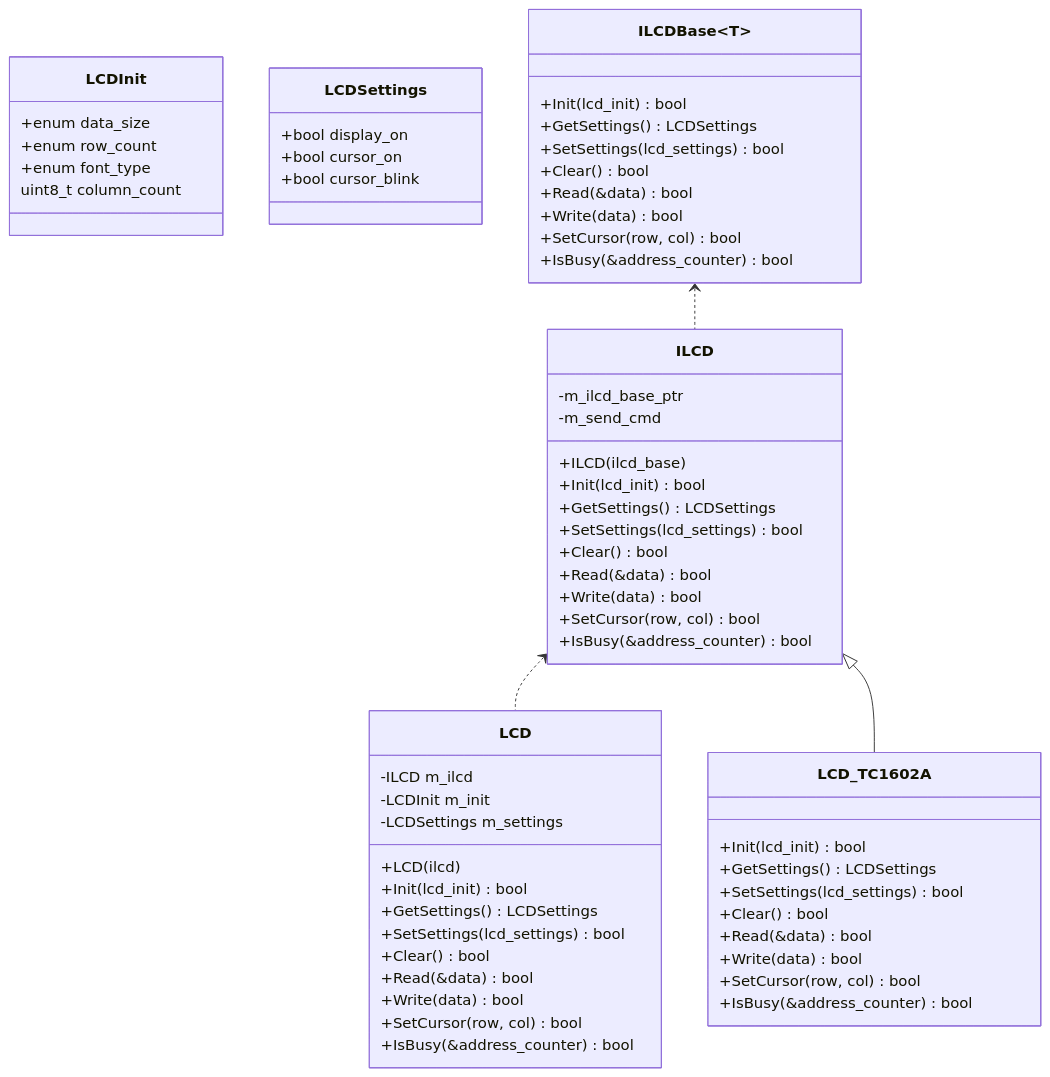
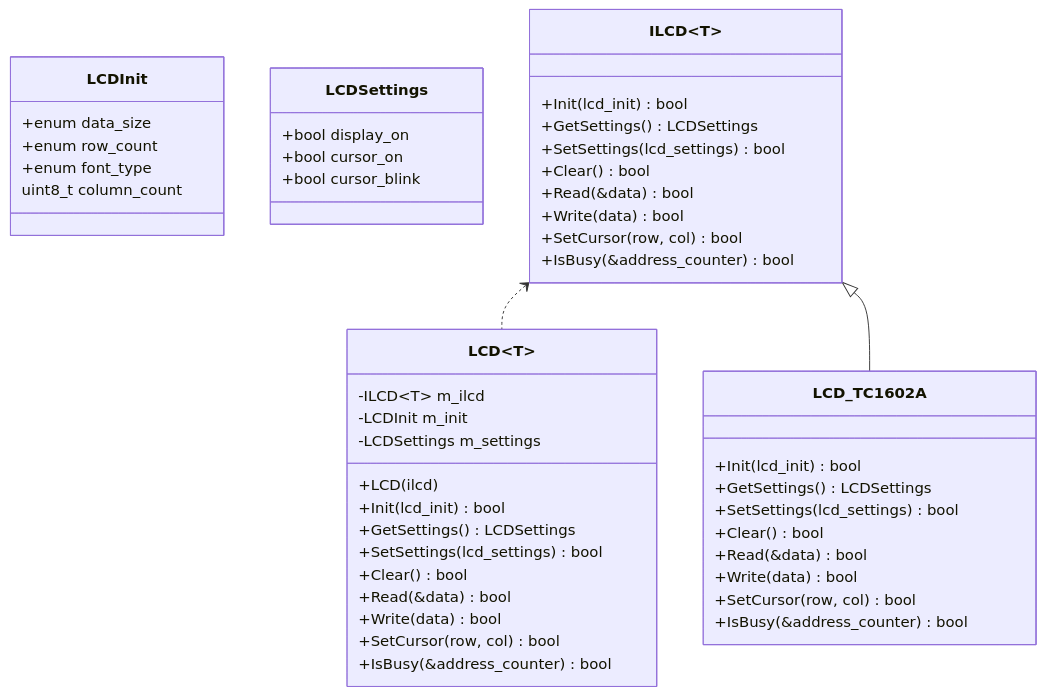
Before and after one commit to integralfx/TempSensor: the diagram in docs/LCD.md, drawn with Mermaid. The commit also changed other lines of this file and 6 other files, not shown here.

````diff
--- a/docs/LCD.md
+++ b/docs/LCD.md
@@ -23,72 +25,56 @@
 ```mermaid
 classDiagram
     class LCDInit {
         +enum data_size
         +enum row_count
         +enum font_type
         uint8_t column_count
     }
 
     class LCDSettings {
         +bool display_on
         +bool cursor_on
         +bool cursor_blink
     }
 
-    class ILCDBase~T~ {
+    class ILCD~T~ {
         +Init(lcd_init) bool
         +GetSettings() LCDSettings
         +SetSettings(lcd_settings) bool
         +Clear() bool
         +Read(&data) bool
         +Write(data) bool
         +SetCursor(row, col) bool
         +IsBusy(&address_counter) bool
     }
 
-    class ILCD {
-        -m_ilcd_base_ptr
-        -m_send_cmd
-
-        +ILCD(ilcd_base)
-        +Init(lcd_init) bool
-        +GetSettings() LCDSettings
-        +SetSettings(lcd_settings) bool
-        +Clear() bool
-        +Read(&data) bool
-        +Write(data) bool
-        +SetCursor(row, col) bool
-        +IsBusy(&address_counter) bool
-    }
-
-    class LCD {
-        -ILCD m_ilcd
+    class LCD~T~ {
+        -ILCD~T~ m_ilcd
         -LCDInit m_init
         -LCDSettings m_settings
 
         +LCD(ilcd)
         +Init(lcd_init) bool
         +GetSettings() LCDSettings
         +SetSettings(lcd_settings) bool
         +Clear() bool
         +Read(&data) bool
         +Write(data) bool
         +SetCursor(row, col) bool
         +IsBusy(&address_counter) bool
     }
 
     class LCD_TC1602A {
         +Init(lcd_init) bool
         +GetSettings() LCDSettings
         +SetSettings(lcd_settings) bool
         +Clear() bool
         +Read(&data) bool
         +Write(data) bool
         +SetCursor(row, col) bool
         +IsBusy(&address_counter) bool
     }
 
-    ILCDBase~T~ <.. ILCD
     ILCD <.. LCD
     ILCD <|-- LCD_TC1602A
 ```
````
